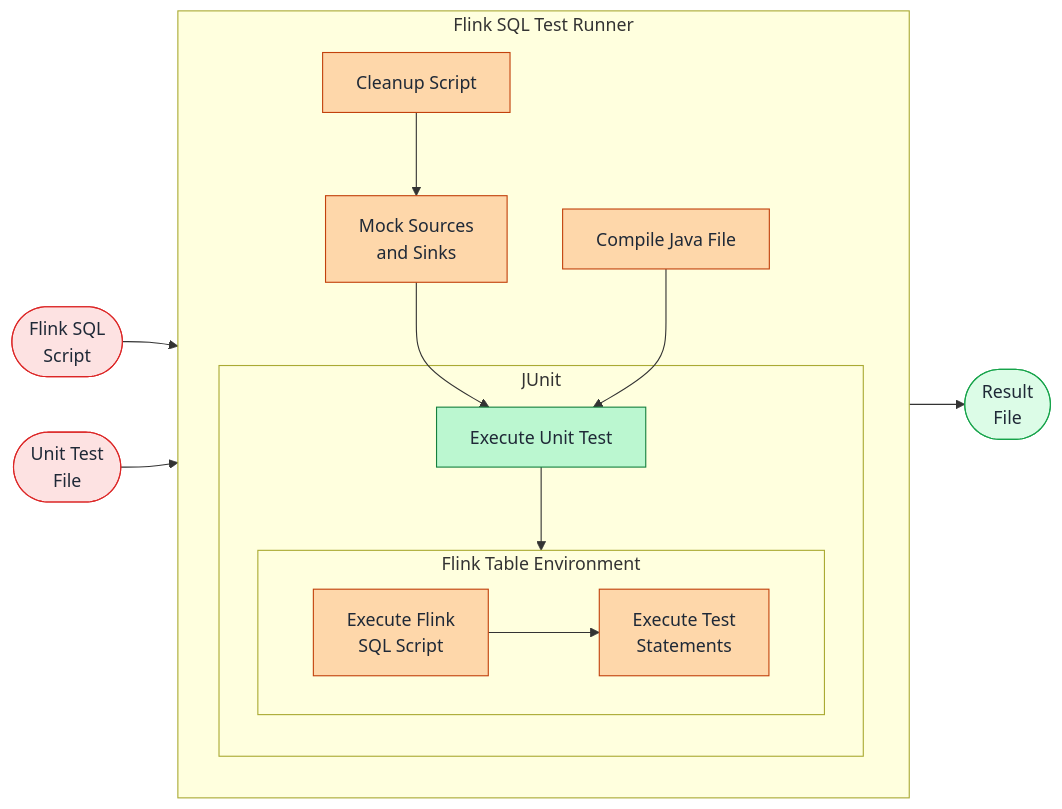
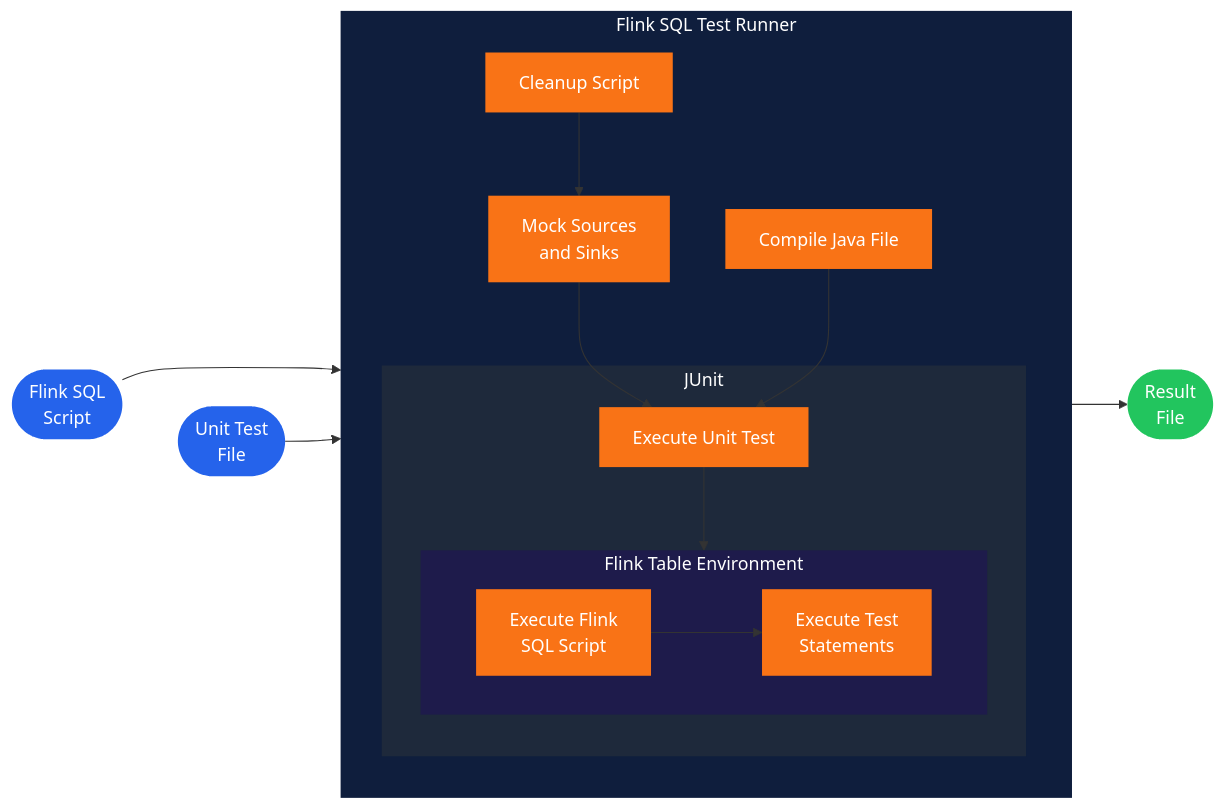
One commit to acosom/flink-sql-assert-runner changed the first of 2 diagrams in README.md. Above: the diagram before and after it, drawn with Mermaid. The commit also changed other lines of this file, not shown here.

Commit message:
Restyled Mermaid diagrams: saturated banner colors, no strokes, removed shadows via themeCSS, restructured integration diagram to match reference

````diff
--- a/README.md
+++ b/README.md
@@ -100,40 +100,46 @@
 ```mermaid
+%%{init: {'themeCSS': '.node, .node *, .cluster, .cluster * { filter: none !important; box-shadow: none !important; }'}}%%
 flowchart LR
     SQL(["Flink SQL<br/>Script"])
     TEST(["Unit Test<br/>File"])
     RESULT(["Result<br/>File"])
 
     subgraph RUNNER ["Flink SQL Test Runner"]
         direction TB
         CLEAN["Cleanup Script"]
         MOCK["Mock Sources<br/>and Sinks"]
         COMPILE["Compile Java File"]
 
         subgraph JUNIT ["JUnit"]
             EXEC["Execute Unit Test"]
             subgraph TENV ["Flink Table Environment"]
                 direction LR
                 RUNSQL["Execute Flink<br/>SQL Script"]
                 RUNTEST["Execute Test<br/>Statements"]
                 RUNSQL --> RUNTEST
             end
             EXEC --> TENV
         end
 
         CLEAN --> MOCK --> EXEC
         COMPILE --> EXEC
     end
 
+    SQL ~~~ TEST
     SQL --> CLEAN
     TEST --> COMPILE
     TENV --> RESULT
 
-    classDef input fill:#fde2e2,stroke:#dc2626,color:#1f2937;
-    classDef output fill:#dcfce7,stroke:#16a34a,color:#1f2937;
-    classDef action fill:#fed7aa,stroke:#c2410c,color:#1f2937;
-    classDef pivot fill:#bbf7d0,stroke:#15803d,color:#1f2937;
+    classDef input fill:#2563eb,color:#ffffff,stroke-width:0px;
+    classDef output fill:#22c55e,color:#ffffff,stroke-width:0px;
+    classDef action fill:#f97316,color:#ffffff,stroke-width:0px;
+    classDef pivot fill:#f97316,color:#ffffff,stroke-width:0px;
     class SQL,TEST input;
     class RESULT output;
     class CLEAN,MOCK,COMPILE,RUNSQL,RUNTEST action;
     class EXEC pivot;
+
+    style RUNNER fill:#0f1e3d,color:#ffffff,stroke-width:0px;
+    style JUNIT fill:#1e293b,color:#ffffff,stroke-width:0px;
+    style TENV fill:#1e1b4b,color:#ffffff,stroke-width:0px;
 ```
````
